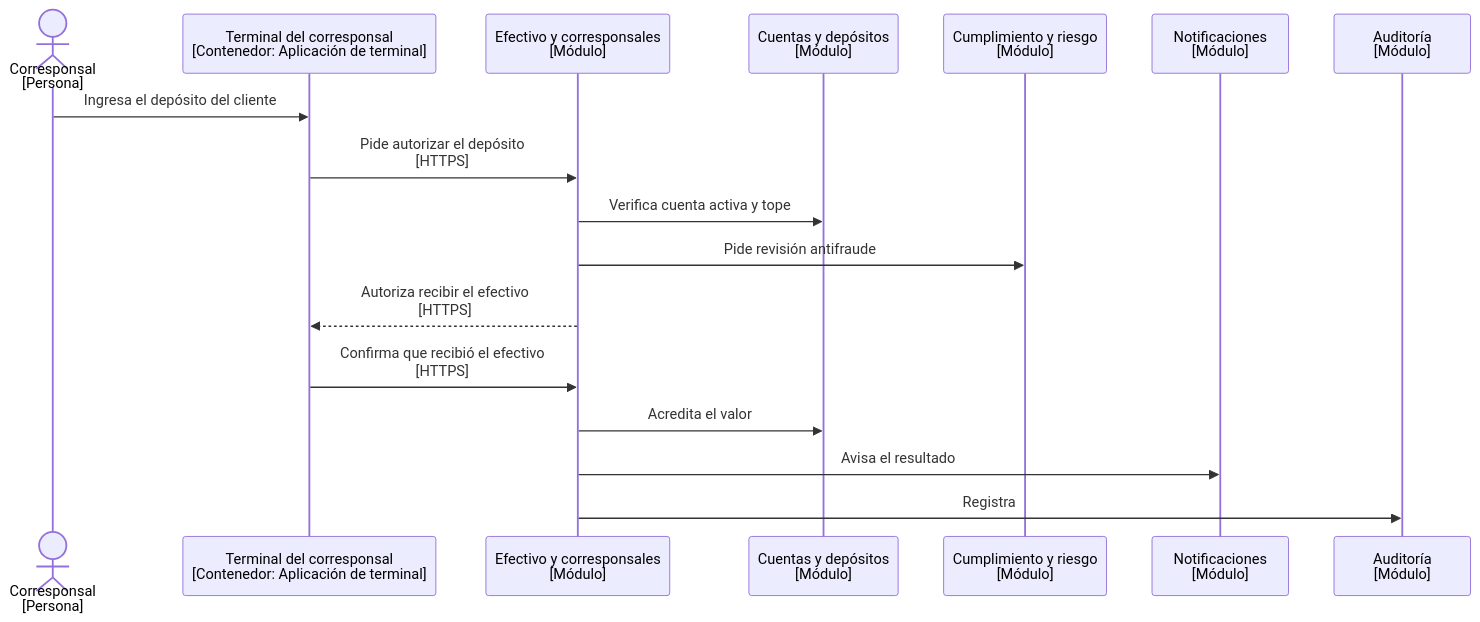
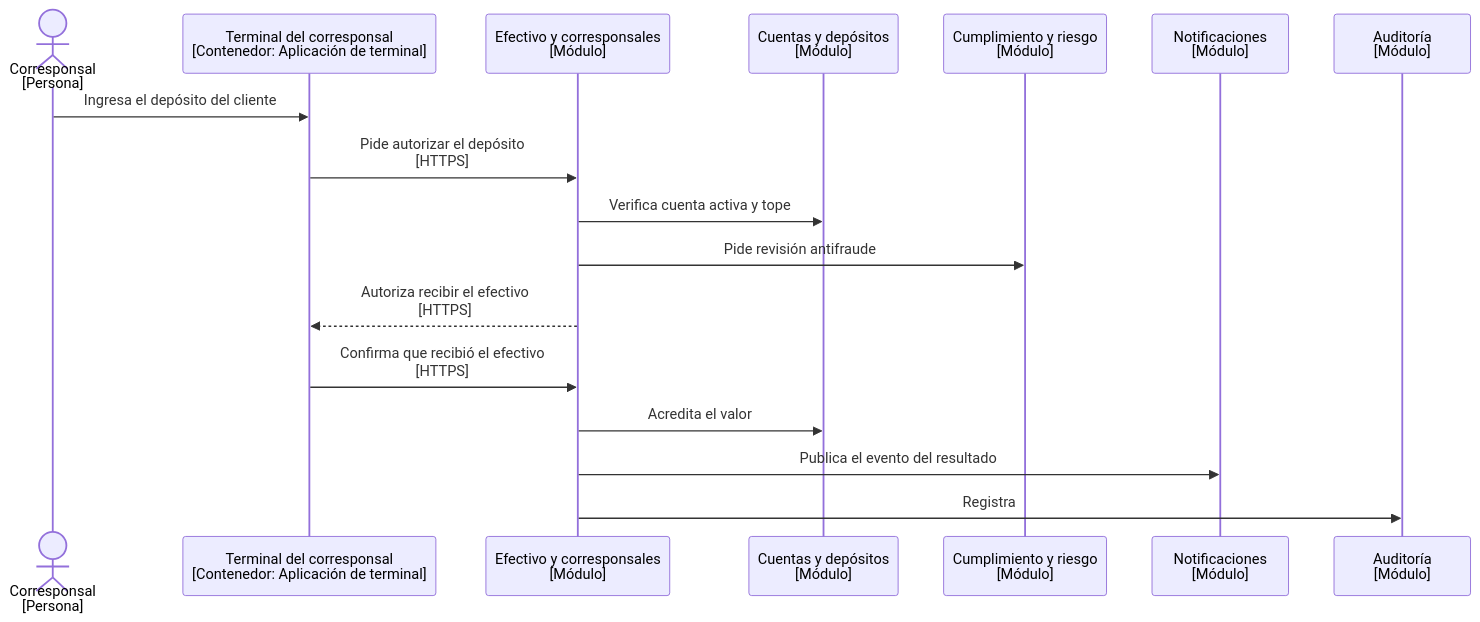
The third of 3 diagrams in docs/arquitectura-aplicacion/secuencias.md (maomauro/fintech-kuenta), drawn with Mermaid before and after one commit. The commit also changed other lines of this file and 26 other files, not shown here.

````diff
--- a/docs/arquitectura-aplicacion/secuencias.md
+++ b/docs/arquitectura-aplicacion/secuencias.md
@@ -68,21 +68,21 @@
 ```mermaid
 sequenceDiagram
 
   actor 2 as Corresponsal<br />[Persona]
   participant 17 as Terminal del corresponsal<br />[Contenedor: Aplicación de terminal]
   participant 23 as Efectivo y corresponsales<br />[Módulo]
   participant 21 as Cuentas y depósitos<br />[Módulo]
   participant 24 as Cumplimiento y riesgo<br />[Módulo]
   participant 26 as Notificaciones<br />[Módulo]
   participant 27 as Auditoría<br />[Módulo]
 
   2->>17: Ingresa el depósito del cliente
   17->>23: Pide autorizar el depósito<br />[HTTPS]
   23->>21: Verifica cuenta activa y tope
   23->>24: Pide revisión antifraude
   23-->>17: Autoriza recibir el efectivo<br />[HTTPS]
   17->>23: Confirma que recibió el efectivo<br />[HTTPS]
   23->>21: Acredita el valor
-  23->>26: Avisa el resultado
+  23->>26: Publica el evento del resultado
   23->>27: Registra
 ```
````
